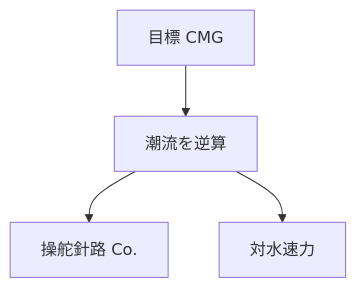
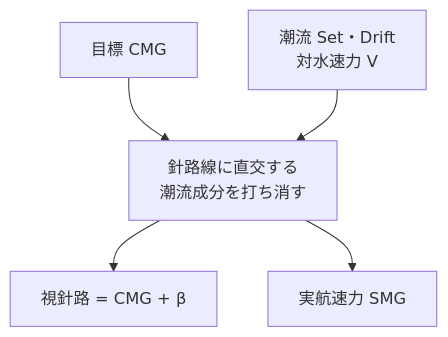
The second of 5 diagrams in docs/pilot2.md (serkenn/Navigation-calculations), drawn with Mermaid before and after one commit. The commit also changed other lines of this file and 6 other files, not shown here.

````diff
--- a/docs/pilot2.md
+++ b/docs/pilot2.md
@@ -43,6 +59,7 @@
 ```mermaid
 flowchart TD
-    A[目標 CMG] --> B[潮流を逆算]
-    B --> C[操舵針路 Co.]
-    B --> D[対水速力]
+    A["目標 CMG"] --> C["針路線に直交する<br>潮流成分を打ち消す"]
+    B["潮流 Set・Drift<br>対水速力 V"] --> C
+    C --> D["視針路 = CMG + β"]
+    C --> E["実航速力 SMG"]
 ```
````
